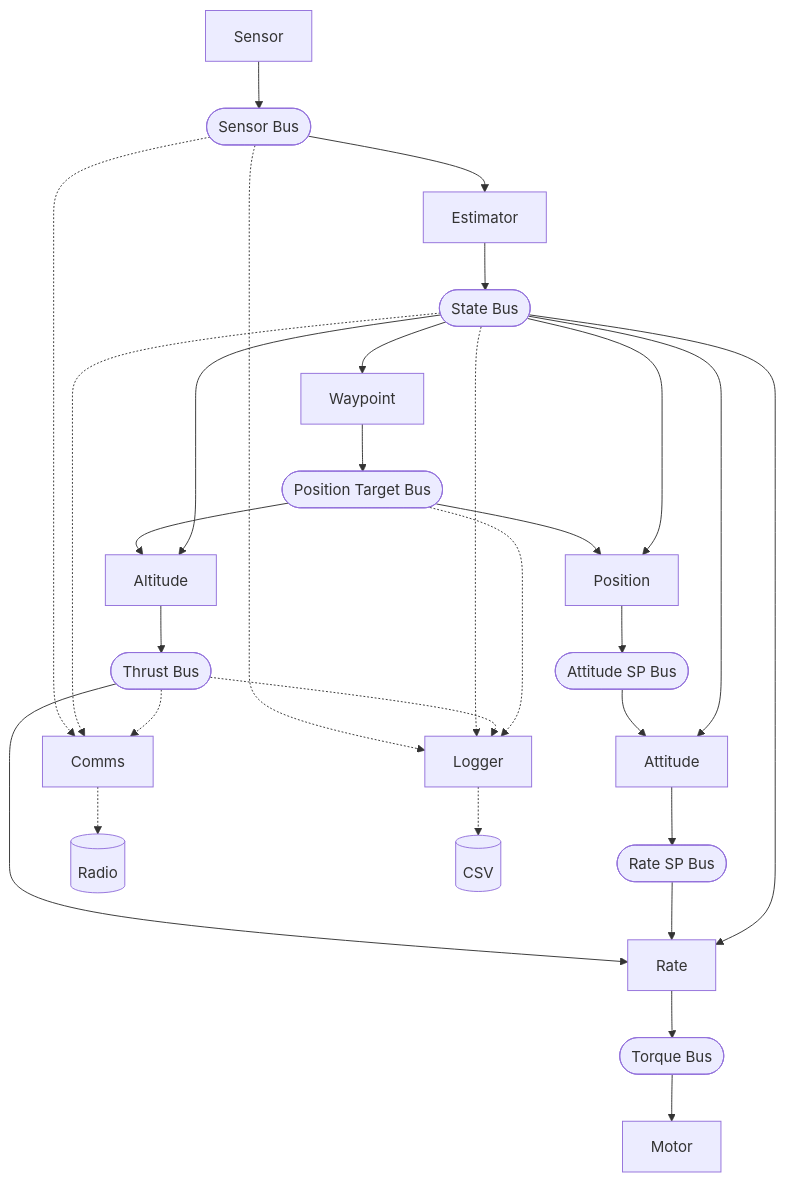
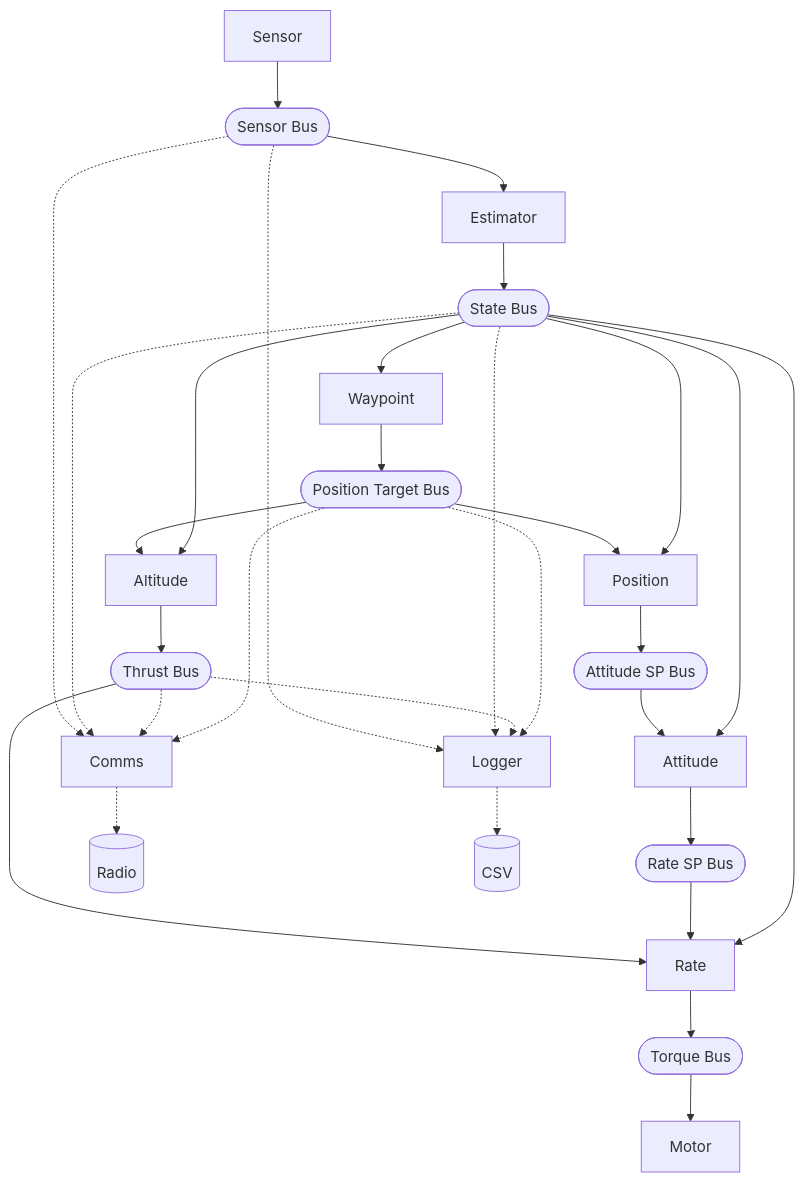
The first of 2 diagrams in examples/pilot/README.md (joagre/hive), drawn with Mermaid before and after one commit. The commit also changed other lines of this file and 4 other files, not shown here.

````diff
--- a/examples/pilot/README.md
+++ b/examples/pilot/README.md
@@ -119,24 +119,25 @@
 ```mermaid
 graph TB
     Sensor[Sensor] --> SensorBus([Sensor Bus]) --> Estimator[Estimator] --> StateBus([State Bus])
 
     StateBus --> Waypoint[Waypoint] --> PositionTargetBus([Position Target Bus])
     PositionTargetBus --> Altitude[Altitude] --> ThrustBus([Thrust Bus]) --> Rate[Rate]
     PositionTargetBus --> Position[Position]
     StateBus --> Altitude
     StateBus --> Position --> AttitudeSP([Attitude SP Bus]) --> Attitude[Attitude]
     StateBus --> Attitude --> RateSP([Rate SP Bus]) --> Rate
     StateBus --> Rate
     Rate --> TorqueBus([Torque Bus]) --> Motor[Motor]
 
     SensorBus -.-> Comms[Comms]
     StateBus -.-> Comms
     ThrustBus -.-> Comms
+    PositionTargetBus -.-> Comms
     Comms -.-> Radio[(Radio)]
 
     SensorBus -.-> Logger[Logger]
     StateBus -.-> Logger
     ThrustBus -.-> Logger
     PositionTargetBus -.-> Logger
     Logger -.-> CSV[(CSV)]
 ```
````
